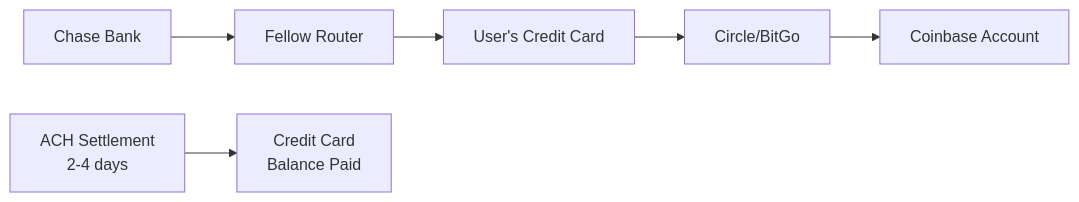
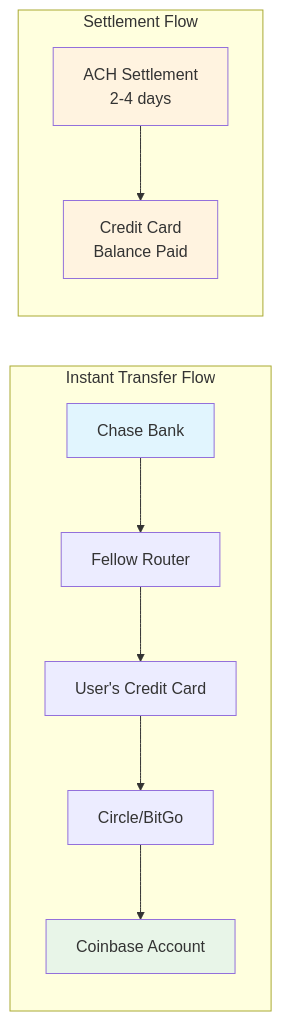
The diagram in using-fellow/transfer-router.mdx (freeslugs/docs), drawn with Mermaid before and after one commit.

Commit message:
Enhance transfer router documentation by adding subgraphs for Instant Transfer Flow and Settlement Flow in the architecture diagram, improving visual clarity and organization of the routing processes.

````diff
--- a/using-fellow/transfer-router.mdx
+++ b/using-fellow/transfer-router.mdx
@@ -38,9 +38,18 @@
 ```mermaid
 graph LR
-    A[Chase Bank] --> B[Fellow Router]
-    B --> C[User's Credit Card]
-    C --> D[Circle/BitGo]
-    D --> E[Coinbase Account]
+    subgraph "Instant Transfer Flow"
+        A[Chase Bank] --> B[Fellow Router]
+        B --> C[User's Credit Card]
+        C --> D[Circle/BitGo]
+        D --> E[Coinbase Account]
+    end
     
-    F[ACH Settlement<br/>2-4 days] --> G[Credit Card<br/>Balance Paid]
+    subgraph "Settlement Flow"
+        F[ACH Settlement<br/>2-4 days] --> G[Credit Card<br/>Balance Paid]
+    end
+    
+    style A fill:#e1f5fe
+    style E fill:#e8f5e8
+    style F fill:#fff3e0
+    style G fill:#fff3e0
 ```
````
